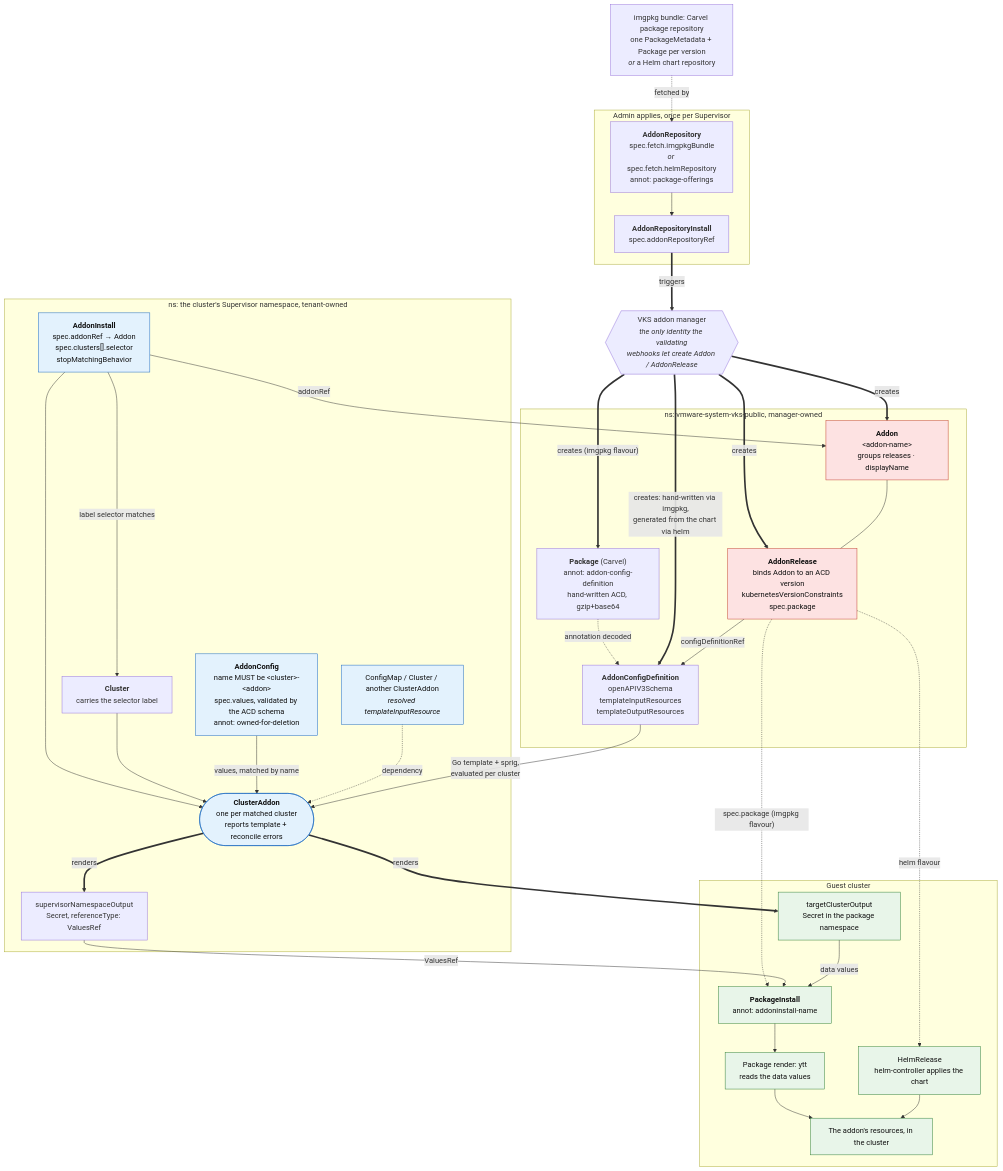
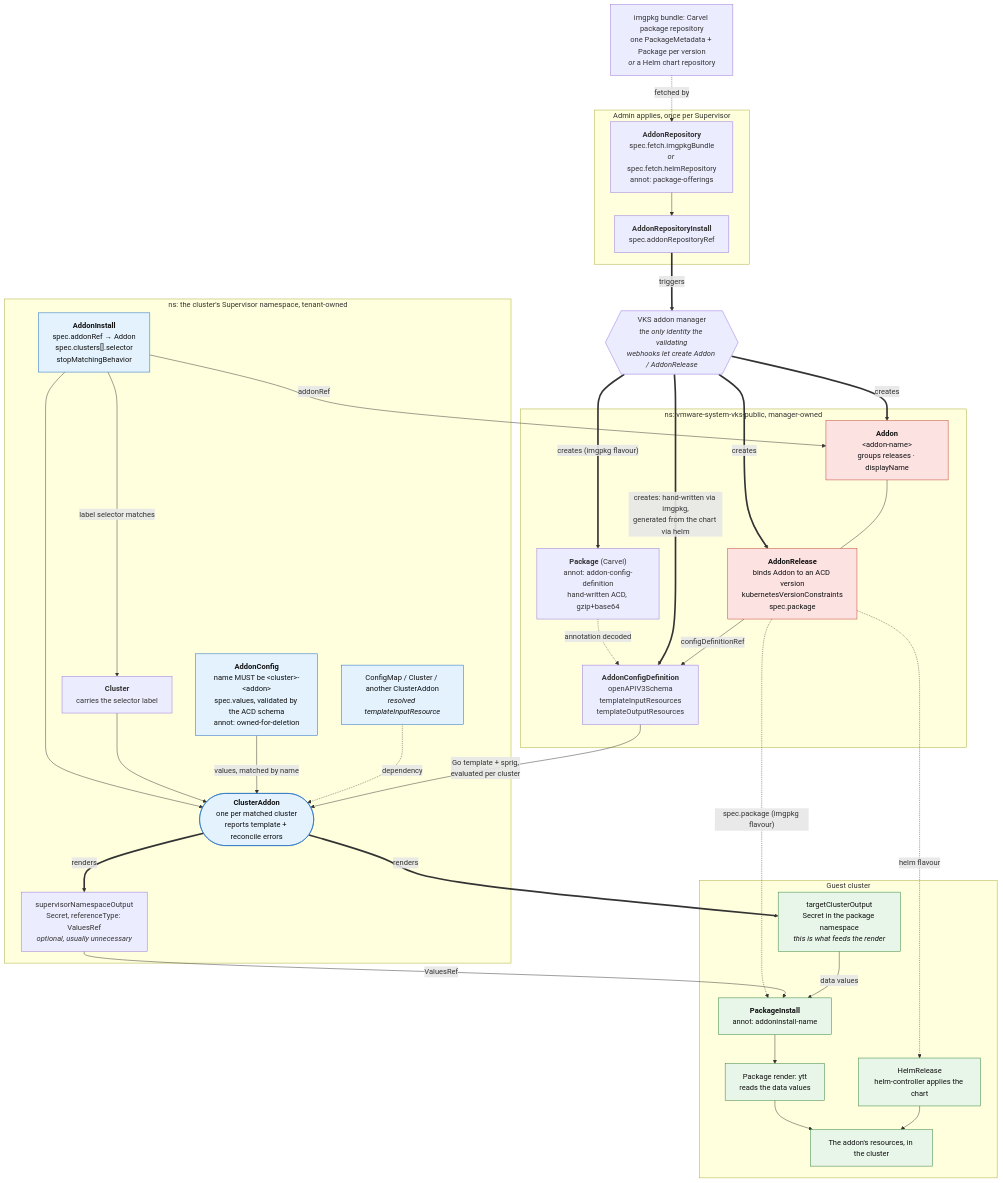
The diagram in skills/vks-addons/SKILL.md (warroyo/vks-addons-skill), drawn with Mermaid before and after one commit. The commit also changed other lines of this file, not shown here.

First line of the commit message:
docs: correct ACD output, RBAC and .Cluster guidance from a live survey

````diff
--- a/skills/vks-addons/SKILL.md
+++ b/skills/vks-addons/SKILL.md
@@ -31,71 +31,71 @@
 ```mermaid
 flowchart TB
   BUNDLE["imgpkg bundle: Carvel package repository<br/>one PackageMetadata + Package per version<br/><i>or</i> a Helm chart repository"]
 
   subgraph admin["Admin applies, once per Supervisor"]
     REPO["<b>AddonRepository</b><br/>spec.fetch.imgpkgBundle<br/><i>or</i> spec.fetch.helmRepository<br/>annot: package-offerings"]
     RINST["<b>AddonRepositoryInstall</b><br/>spec.addonRepositoryRef"]
   end
 
   MGR{{"VKS addon manager<br/><i>the only identity the validating<br/>webhooks let create Addon / AddonRelease</i>"}}
 
   subgraph public["ns: vmware-system-vks-public, manager-owned"]
     ADDON["<b>Addon</b><br/>&lt;addon-name&gt;<br/>groups releases · displayName"]
     REL["<b>AddonRelease</b><br/>binds Addon to an ACD version<br/>kubernetesVersionConstraints<br/>spec.package"]
     ACD["<b>AddonConfigDefinition</b><br/>openAPIV3Schema<br/>templateInputResources<br/>templateOutputResources"]
     PKG["<b>Package</b> (Carvel)<br/>annot: addon-config-definition<br/>hand-written ACD, gzip+base64"]
   end
 
   subgraph tenant["ns: the cluster's Supervisor namespace, tenant-owned"]
     AINST["<b>AddonInstall</b><br/>spec.addonRef → Addon<br/>spec.clusters[].selector<br/>stopMatchingBehavior"]
     ACFG["<b>AddonConfig</b><br/>name MUST be &lt;cluster&gt;-&lt;addon&gt;<br/>spec.values, validated by the ACD schema<br/>annot: owned-for-deletion"]
     INPUT["ConfigMap / Cluster / another ClusterAddon<br/><i>resolved templateInputResource</i>"]
     CLUSTER["<b>Cluster</b><br/>carries the selector label"]
     CADDON(["<b>ClusterAddon</b><br/>one per matched cluster<br/>reports template + reconcile errors"])
-    SSEC["supervisorNamespaceOutput<br/>Secret, referenceType: ValuesRef"]
+    SSEC["supervisorNamespaceOutput<br/>Secret, referenceType: ValuesRef<br/><i>optional, usually unnecessary</i>"]
   end
 
   subgraph guest["Guest cluster"]
-    GSEC["targetClusterOutput<br/>Secret in the package namespace"]
+    GSEC["targetClusterOutput<br/>Secret in the package namespace<br/><i>this is what feeds the render</i>"]
     PI["<b>PackageInstall</b><br/>annot: addoninstall-name"]
     RENDER["Package render: ytt<br/>reads the data values"]
     HELM["HelmRelease<br/>helm-controller applies the chart"]
     PAYLOAD["The addon's resources, in the cluster"]
   end
 
   BUNDLE -.->|fetched by| REPO
   REPO --> RINST
   RINST ==>|triggers| MGR
   MGR ==>|creates| ADDON
   MGR ==>|creates| REL
   MGR ==>|"creates (imgpkg flavour)"| PKG
   PKG -.->|annotation decoded| ACD
   MGR ==>|"creates: hand-written via imgpkg,<br/>generated from the chart via helm"| ACD
 
   ADDON --- REL
   REL -->|configDefinitionRef| ACD
 
   AINST -->|addonRef| ADDON
   AINST -->|label selector matches| CLUSTER
   AINST --> CADDON
   CLUSTER --> CADDON
   ACFG -->|"values, matched by name"| CADDON
   INPUT -.->|dependency| CADDON
   ACD -->|"Go template + sprig,<br/>evaluated per cluster"| CADDON
 
   CADDON ==>|renders| SSEC
   CADDON ==>|renders| GSEC
   REL -.->|"spec.package (imgpkg flavour)"| PI
   SSEC -->|ValuesRef| PI
   GSEC -->|data values| PI
   PI --> RENDER --> PAYLOAD
   REL -.->|helm flavour| HELM
   HELM --> PAYLOAD
 
   classDef locked fill:#fde2e2,stroke:#c0392b,color:#111
   classDef tenantc fill:#e3f2fd,stroke:#1565c0,color:#111
   classDef guestc fill:#e8f5e9,stroke:#2e7d32,color:#111
   class ADDON,REL locked
   class AINST,ACFG,CADDON,INPUT tenantc
   class GSEC,PI,RENDER,HELM,PAYLOAD guestc
 ```
````
